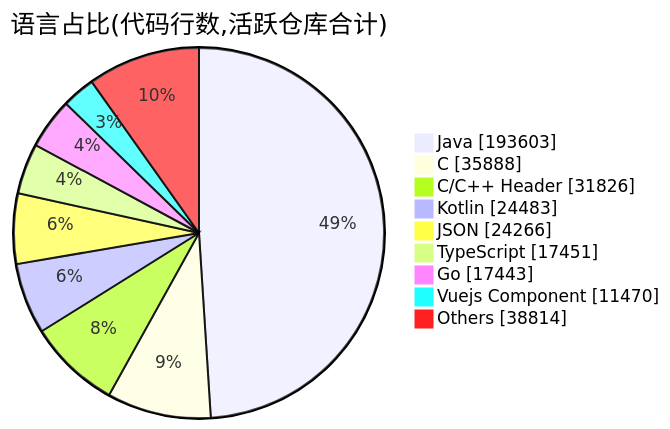
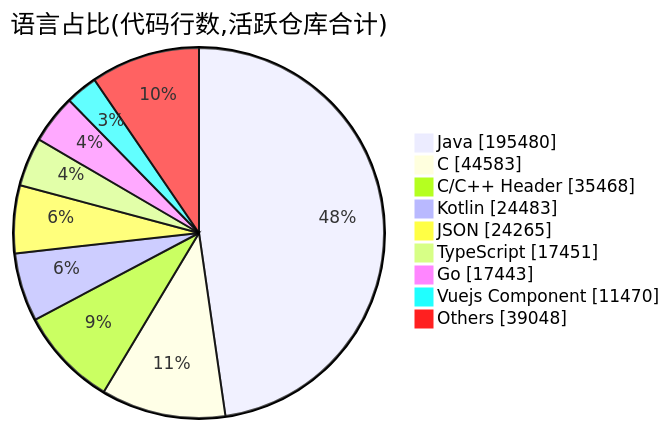
The second of 2 diagrams in profile/README.md (Conflux-Union/.github), drawn with Mermaid before and after one commit. The commit also changed other lines of this file and 1 other file, not shown here.

````diff
--- a/profile/README.md
+++ b/profile/README.md
@@ -82,13 +82,13 @@
 ```mermaid
 pie showData
     title 语言占比(代码行数,活跃仓库合计)
-    "Java" : 193603
-    "C" : 35888
-    "C/C++ Header" : 31826
+    "Java" : 195480
+    "C" : 44583
+    "C/C++ Header" : 35468
     "Kotlin" : 24483
-    "JSON" : 24266
+    "JSON" : 24265
     "TypeScript" : 17451
     "Go" : 17443
     "Vuejs Component" : 11470
-    "Others" : 38814
+    "Others" : 39048
 ```
````
